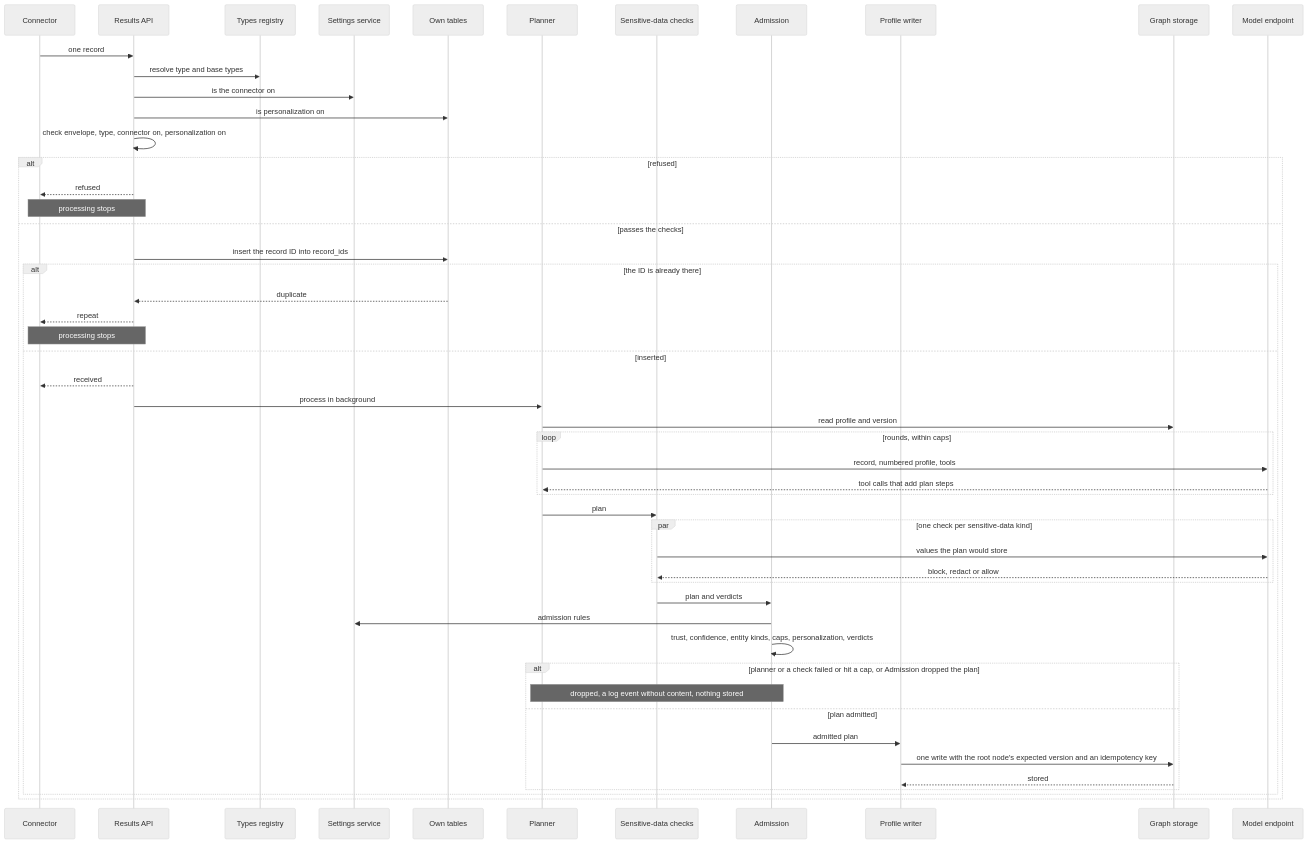
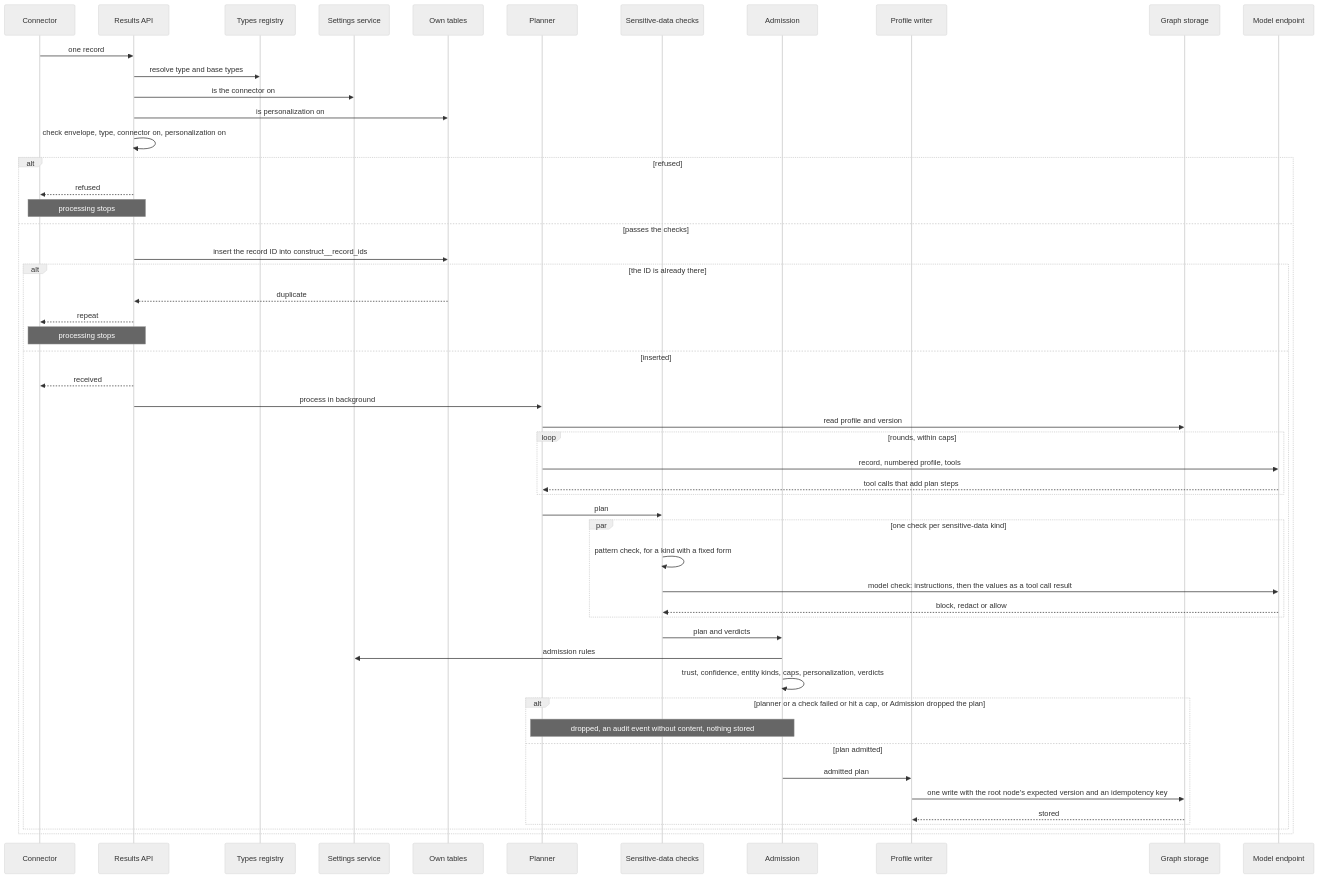
The third of 9 diagrams in gears/construct/docs/DESIGN.md (AndIConstructor/gears-rust), drawn with Mermaid (neutral theme) before and after one commit. The commit also changed other lines of this file and 4 other files, not shown here.

````diff
--- a/gears/construct/docs/DESIGN.md
+++ b/gears/construct/docs/DESIGN.md
@@ -713,53 +715,54 @@
 ```mermaid
 sequenceDiagram
     participant CN as Connector
     participant RA as Results API
     participant TR as Types registry
     participant SS as Settings service
     participant T as Own tables
     participant PL as Planner
     participant SD as Sensitive-data checks
     participant AD as Admission
     participant PW as Profile writer
     participant GS as Graph storage
     participant ME as Model endpoint
     CN->>RA: one record
     RA->>TR: resolve type and base types
     RA->>SS: is the connector on
     RA->>T: is personalization on
     RA->>RA: check envelope, type, connector on, personalization on
     alt refused
         RA-->>CN: refused
         Note over CN,RA: processing stops
     else passes the checks
-        RA->>T: insert the record ID into record_ids
+        RA->>T: insert the record ID into construct__record_ids
         alt the ID is already there
             T-->>RA: duplicate
             RA-->>CN: repeat
             Note over CN,RA: processing stops
         else inserted
             RA-->>CN: received
             RA->>PL: process in background
             PL->>GS: read profile and version
             loop rounds, within caps
                 PL->>ME: record, numbered profile, tools
                 ME-->>PL: tool calls that add plan steps
             end
             PL->>SD: plan
             par one check per sensitive-data kind
-                SD->>ME: values the plan would store
+                SD->>SD: pattern check, for a kind with a fixed form
+                SD->>ME: model check: instructions, then the values as a tool call result
                 ME-->>SD: block, redact or allow
             end
             SD->>AD: plan and verdicts
             AD->>SS: admission rules
             AD->>AD: trust, confidence, entity kinds, caps, personalization, verdicts
             alt planner or a check failed or hit a cap, or Admission dropped the plan
-                Note over PL,AD: dropped, a log event without content, nothing stored
+                Note over PL,AD: dropped, an audit event without content, nothing stored
             else plan admitted
                 AD->>PW: admitted plan
                 PW->>GS: one write with the root node's expected version and an idempotency key
                 GS-->>PW: stored
             end
         end
     end
 ```
````
